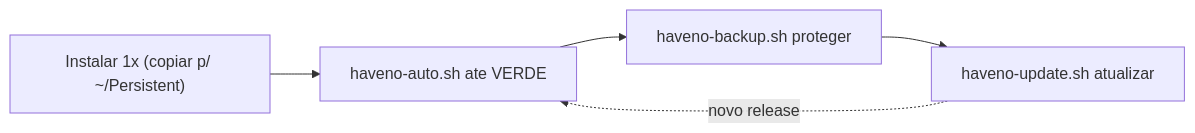
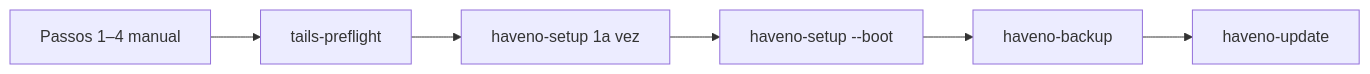
One commit to VIPs-com/Privacy-OS-Hub changed the diagram in Tails-OS-Expert/Scripts/README.md. Above: the diagram before and after it, drawn with Mermaid. The commit also changed other lines of this file and 19 other files, not shown here.

Commit message:
Scripts: preflight, boot, feather-verify e orquestrador haveno-setup.

````diff
--- a/Tails-OS-Expert/Scripts/README.md
+++ b/Tails-OS-Expert/Scripts/README.md
@@ -31,7 +38,8 @@
 ```mermaid
 flowchart LR
-  I["Instalar 1x (copiar p/ ~/Persistent)"] --> A["haveno-auto.sh ate VERDE"]
-  A --> B["haveno-backup.sh proteger"]
-  B --> U["haveno-update.sh atualizar"]
-  U -. novo release .-> A
+  M["Passos 1–4 manual"] --> P["tails-preflight"]
+  P --> S["haveno-setup 1a vez"]
+  S --> B["haveno-setup --boot"]
+  B --> BK["haveno-backup"]
+  BK --> U["haveno-update"]
 ```
````
